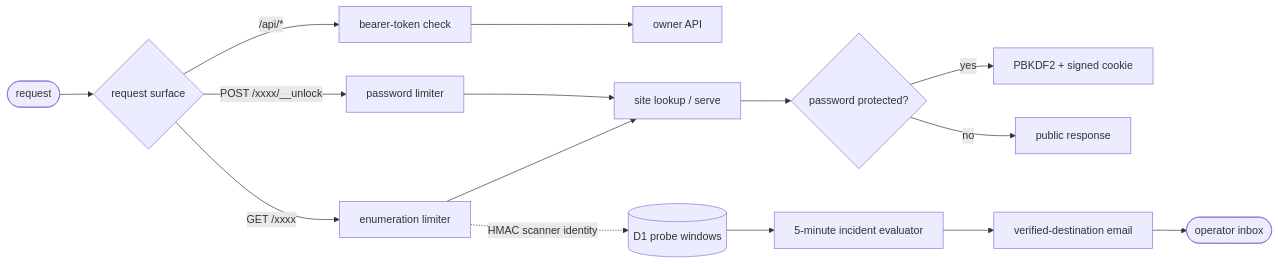
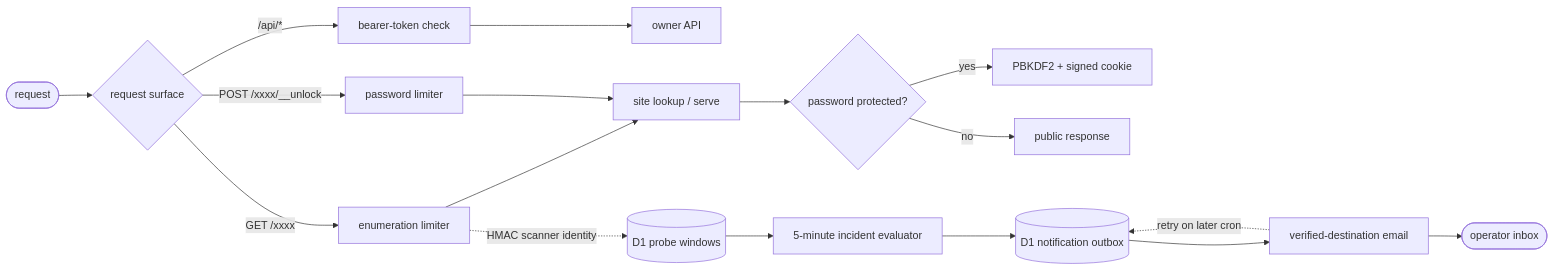
The second of 3 diagrams in README.md (FelineStateMachine/nzip), drawn with Mermaid before and after one commit. The commit also changed other lines of this file and 62 other files, not shown here.

````diff
--- a/README.md
+++ b/README.md
@@ -125,17 +125,19 @@
 ```mermaid
 flowchart LR
     REQ(["request"]) --> SURFACE{"request surface"}
     SURFACE -- "/api/*" --> TOKEN["bearer-token check"]
     SURFACE -- "GET /xxxx" --> ENUM["enumeration limiter"]
     SURFACE -- "POST /xxxx/__unlock" --> UNLOCK["password limiter"]
     TOKEN --> API["owner API"]
     ENUM --> SERVE["site lookup / serve"]
     UNLOCK --> SERVE
     SERVE --> GATE{"password protected?"}
     GATE -- "yes" --> COOKIE["PBKDF2 + signed cookie"]
     GATE -- "no" --> PUBLIC["public response"]
     ENUM -. "HMAC scanner identity" .-> PROBES[("D1 probe windows")]
     PROBES --> EVAL["5-minute incident evaluator"]
-    EVAL --> EMAIL["verified-destination email"]
+    EVAL --> OUTBOX[("D1 notification outbox")]
+    OUTBOX --> EMAIL["verified-destination email"]
+    EMAIL -. "retry on later cron" .-> OUTBOX
     EMAIL --> INBOX(["operator inbox"])
 ```
````
